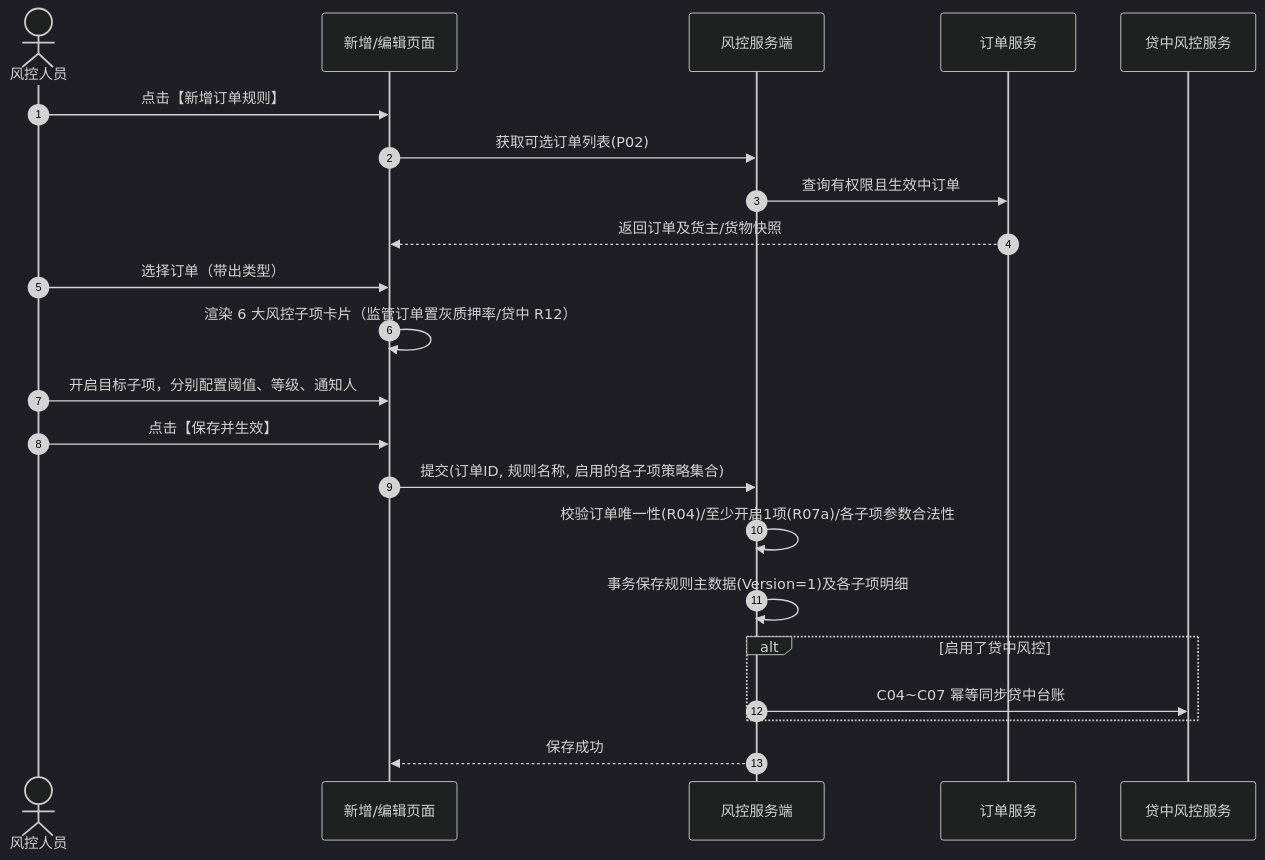
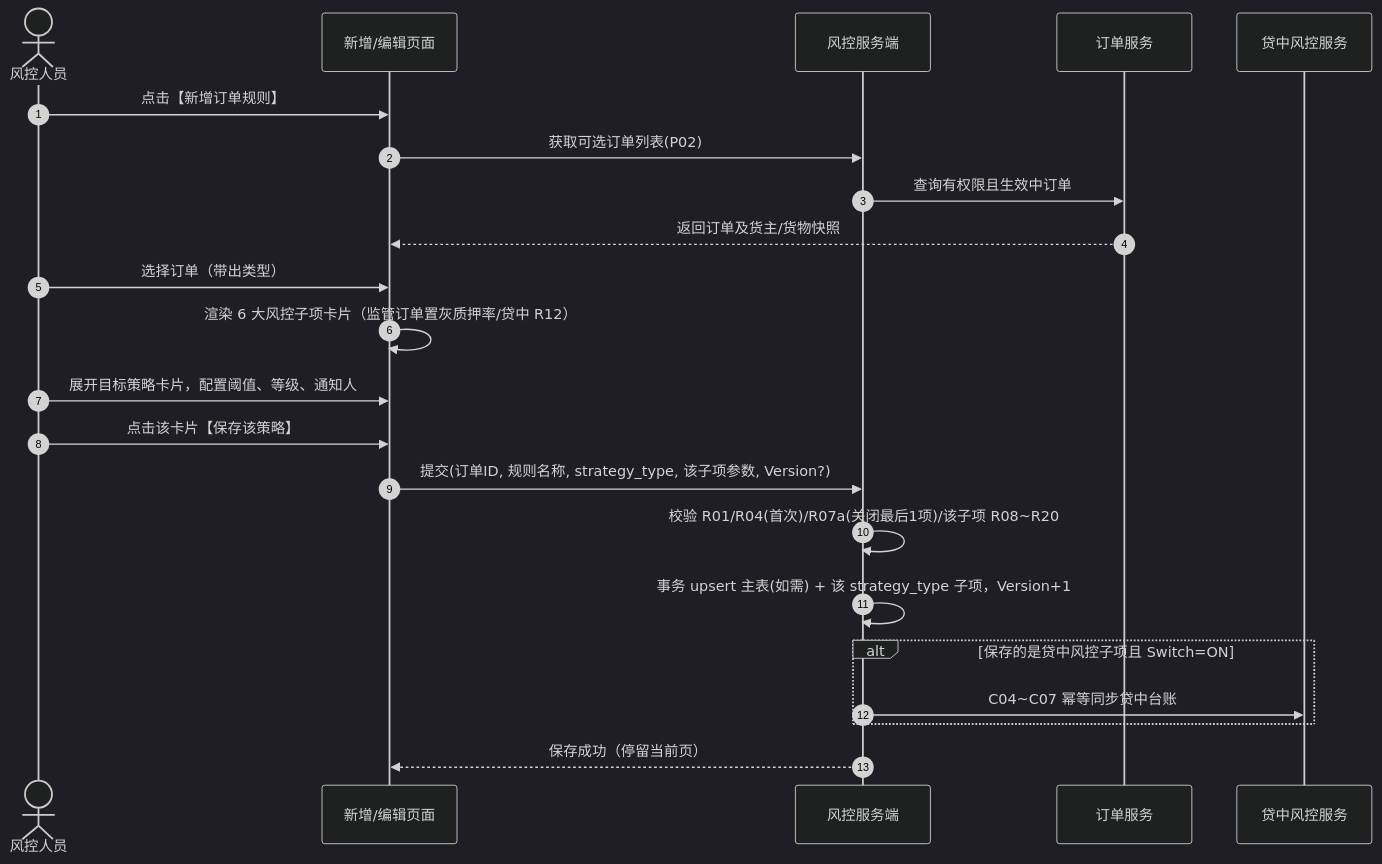
The second of 3 diagrams in 02-PRD文档/B-迭代需求/6.2版本（2026.08）/03-预警配置/03订单预警配置/订单预警配置业务规则规格.md (RobertHuang999/SYZC), drawn with Mermaid (dark theme) before and after one commit. The commit also changed other lines of this file and 240 other files, not shown here.

````diff
--- a/02-PRD文档/B-迭代需求/6.2版本（2026.08）/03-预警配置/03订单预警配置/订单预警配置业务规则规格.md
+++ b/02-PRD文档/B-迭代需求/6.2版本（2026.08）/03-预警配置/03订单预警配置/订单预警配置业务规则规格.md
@@ -319,25 +322,25 @@
 ```mermaid
 sequenceDiagram
     autonumber
     actor User as 风控人员
     participant FE as 新增/编辑页面
     participant API as 风控服务端
     participant ORD as 订单服务
     participant MID as 贷中风控服务
 
     User->>FE: 点击【新增订单规则】
     FE->>API: 获取可选订单列表(P02)
     API->>ORD: 查询有权限且生效中订单
     ORD-->>FE: 返回订单及货主/货物快照
     User->>FE: 选择订单（带出类型）
     FE->>FE: 渲染 6 大风控子项卡片（监管订单置灰质押率/贷中 R12）
-    User->>FE: 开启目标子项，分别配置阈值、等级、通知人
-    User->>FE: 点击【保存并生效】
-    FE->>API: 提交(订单ID, 规则名称, 启用的各子项策略集合)
-    API->>API: 校验订单唯一性(R04)/至少开启1项(R07a)/各子项参数合法性
-    API->>API: 事务保存规则主数据(Version=1)及各子项明细
-    alt 启用了贷中风控
+    User->>FE: 展开目标策略卡片，配置阈值、等级、通知人
+    User->>FE: 点击该卡片【保存该策略】
+    FE->>API: 提交(订单ID, 规则名称, strategy_type, 该子项参数, Version?)
+    API->>API: 校验 R01/R04(首次)/R07a(关闭最后1项)/该子项 R08~R20
+    API->>API: 事务 upsert 主表(如需) + 该 strategy_type 子项，Version+1
+    alt 保存的是贷中风控子项且 Switch=ON
         API->>MID: C04~C07 幂等同步贷中台账
     end
-    API-->>FE: 保存成功
+    API-->>FE: 保存成功（停留当前页）
 ```
````
